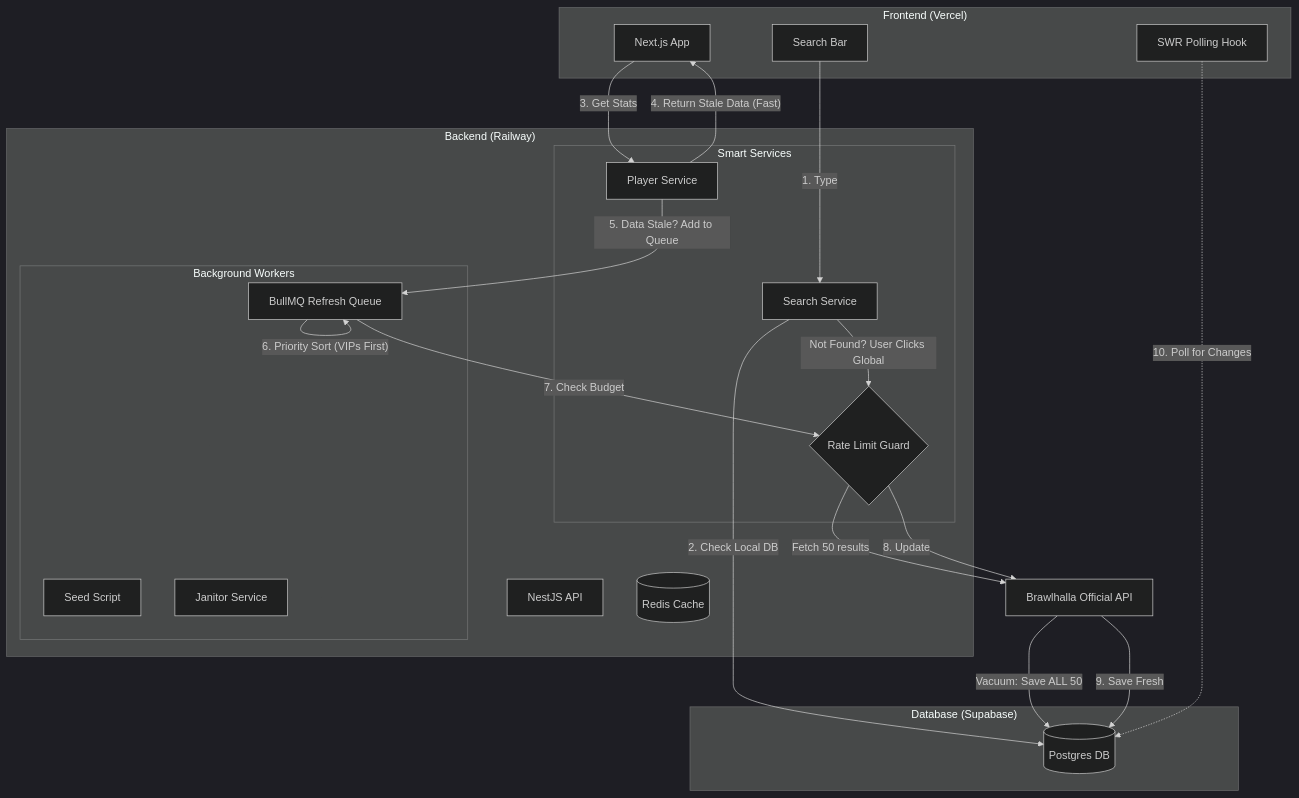
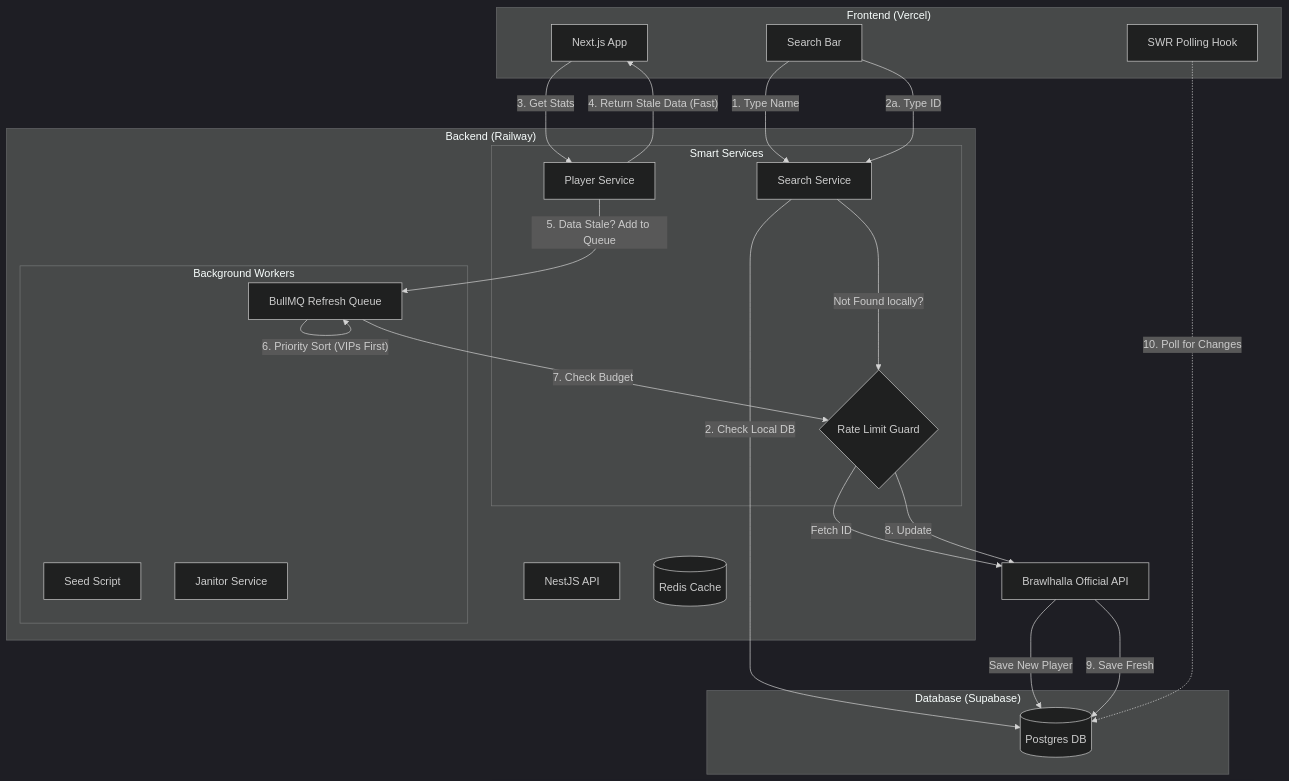
Before and after one commit to NickTacke/brawltome: the diagram in plan.md, drawn with Mermaid (dark theme). The commit also changed other lines of this file, not shown here.

Commit message:
Refactor search flow and update implementation steps: enhance user search experience by specifying search actions for player names and IDs, and streamline the documentation for completed phases and future features.

````diff
--- a/plan.md
+++ b/plan.md
@@ -18,53 +18,54 @@
 ```mermaid
 flowchart TD
     subgraph "Frontend (Vercel)"
         UI[Next.js App]
         SWR[SWR Polling Hook]
         Search[Search Bar]
     end
 
     subgraph "Backend (Railway)"
         API[NestJS API]
         
         subgraph "Smart Services"
             SearchSvc[Search Service]
             PlayerSvc[Player Service]
             Gatekeeper{Rate Limit Guard}
         end
 
         subgraph "Background Workers"
             RefreshQ[BullMQ Refresh Queue]
             Seeder[Seed Script]
             Janitor[Janitor Service]
         end
         
         Redis[(Redis Cache)]
     end
 
     subgraph "Database (Supabase)"
         Postgres[(Postgres DB)]
     end
 
     External[Brawlhalla Official API]
 
     %% User Flow: Search
-    Search -->|1. Type| SearchSvc
+    Search -->|1. Type Name| SearchSvc
     SearchSvc -->|2. Check Local DB| Postgres
-    SearchSvc --"Not Found? User Clicks Global"--> Gatekeeper
-    Gatekeeper --"Fetch 50 results"--> External
-    External --"Vacuum: Save ALL 50"--> Postgres
+    Search -->|2a. Type ID| SearchSvc
+    SearchSvc --"Not Found locally?"--> Gatekeeper
+    Gatekeeper --"Fetch ID"--> External
+    External --"Save New Player"--> Postgres
 
     %% User Flow: View Profile
     UI -->|3. Get Stats| PlayerSvc
     PlayerSvc --"4. Return Stale Data (Fast)"--> UI
     
     %% Background Refresh
     PlayerSvc --"5. Data Stale? Add to Queue"--> RefreshQ
     RefreshQ --"6. Priority Sort (VIPs First)"--> RefreshQ
     RefreshQ -->|7. Check Budget| Gatekeeper
     Gatekeeper --"8. Update"--> External
     External --"9. Save Fresh"--> Postgres
     
     %% SWR Update
     SWR -.->|10. Poll for Changes| Postgres
 ```
````
